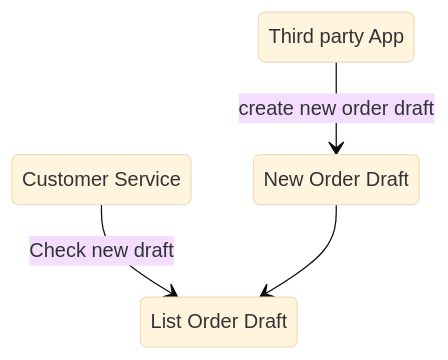
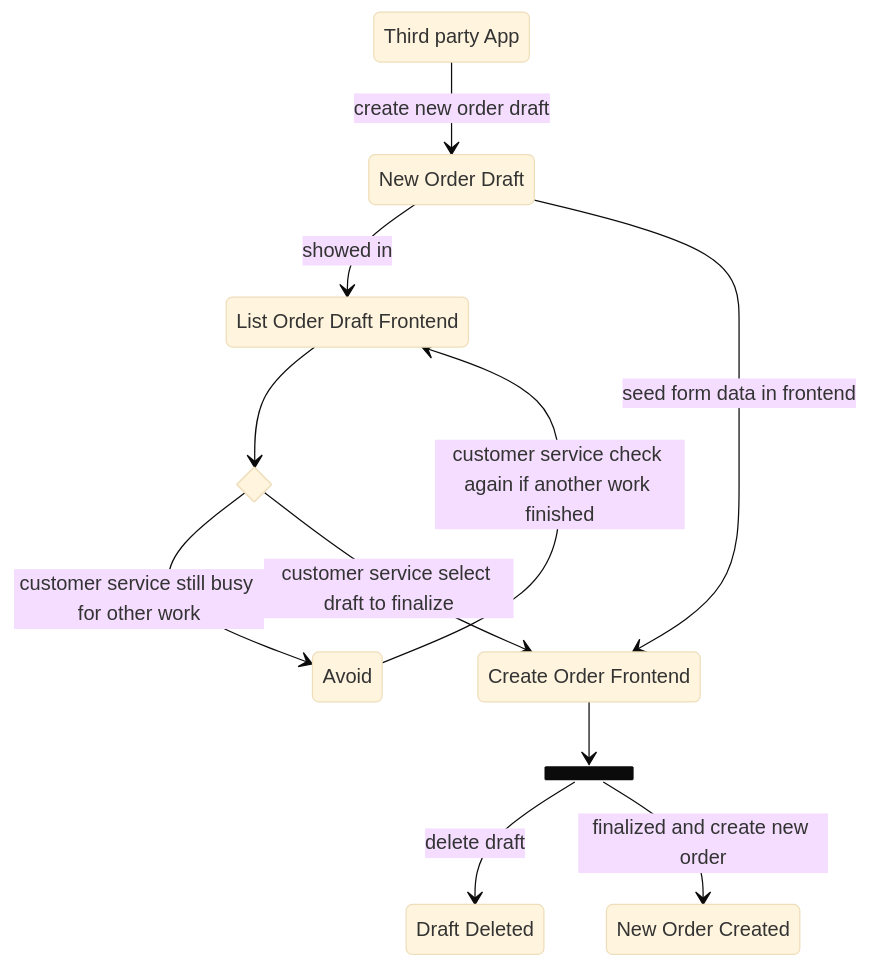
The second of 7 diagrams in docs/business/order/context.md (pdcgo/warehouse_revamp), drawn with Mermaid (base theme) before and after one commit. The commit also changed other lines of this file, not shown here.

````diff
--- a/docs/business/order/context.md
+++ b/docs/business/order/context.md
@@ -115,13 +117,29 @@
 ```mermaid
 stateDiagram-v2
 
 state "Third party App" as app
 state "New Order Draft" as draft
-state "Customer Service" as cs
-state "List Order Draft" as felist
+state "List Order Draft Frontend" as felist
+state "Create Order Frontend" as createfe
+state "Avoid" as avoid
+state "New Order Created" as ord
+state "Draft Deleted" as deldraft
 
 app-->draft: create new order draft
-cs-->felist: Check new draft
-draft-->felist
+draft-->felist: showed in
+
+state csdecision <<choice>>
+    felist-->csdecision
+    
+    csdecision-->avoid: customer service still busy for other work
+    avoid-->felist: customer service check again if another work finished
+    csdecision-->createfe: customer service select draft to finalize
+
+draft-->createfe: seed form data in frontend
+state fork_state <<fork>>
+
+createfe-->fork_state
+fork_state-->deldraft: delete draft
+fork_state-->ord: finalized and create new order
 
 ```
````
